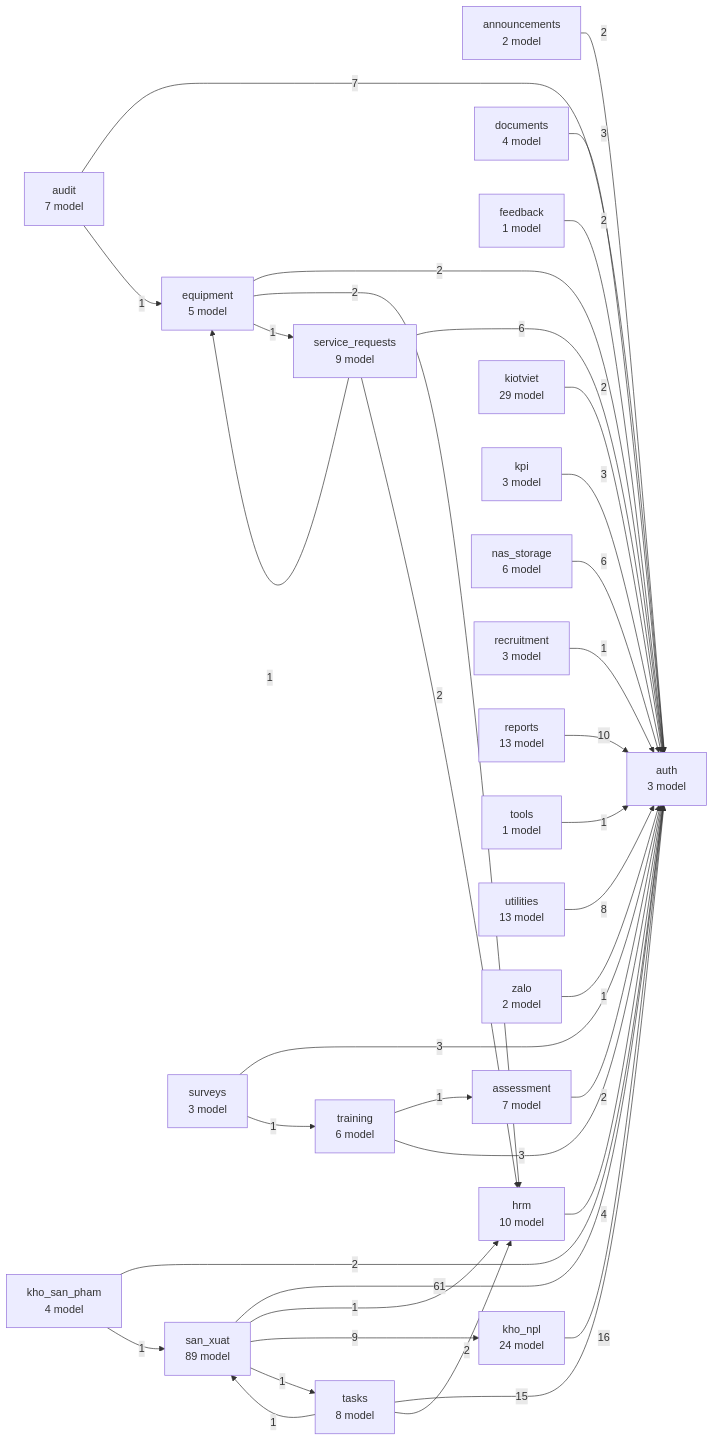
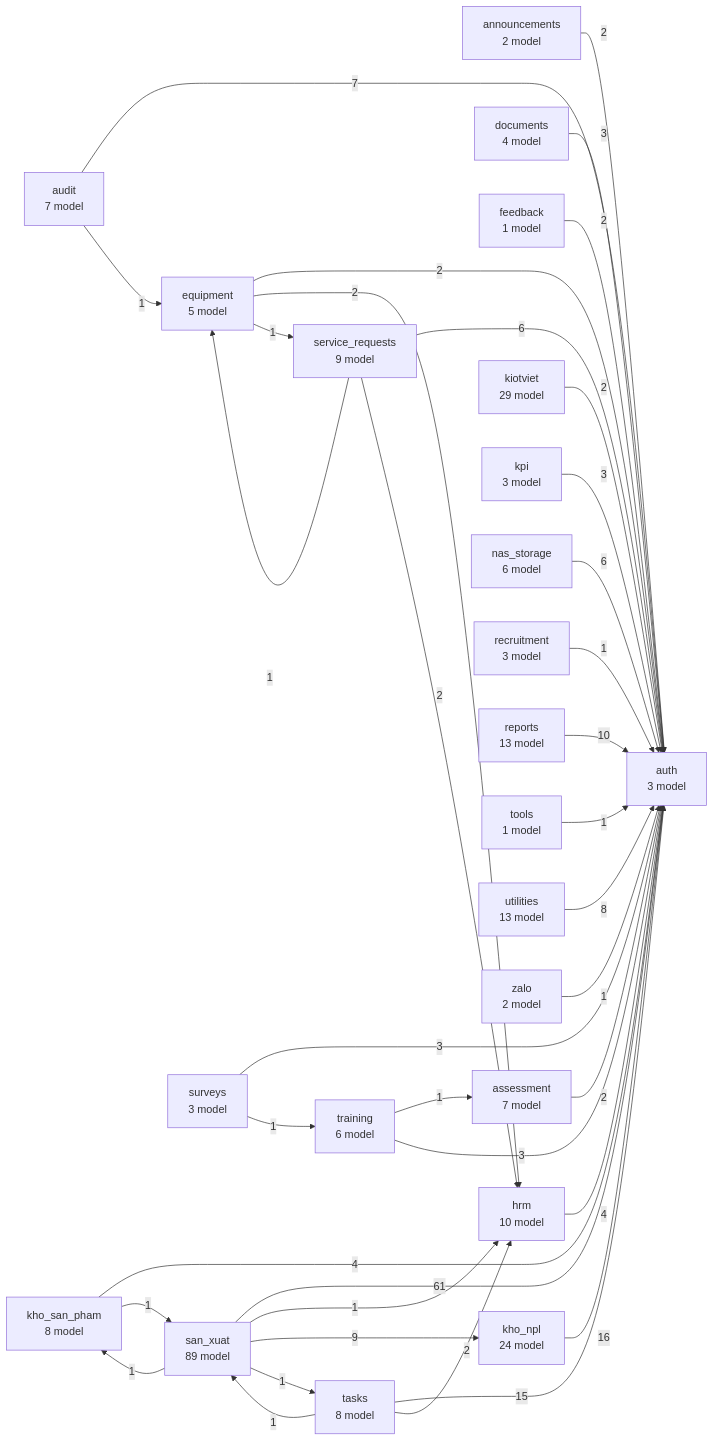
Before and after one commit to trieuvuong262/examHMBP: the diagram in docs/diagrams/class-diagram/README.md, drawn with Mermaid. The commit also changed other lines of this file and 22 other files, not shown here.

````diff
--- a/docs/diagrams/class-diagram/README.md
+++ b/docs/diagrams/class-diagram/README.md
@@ -7,62 +7,63 @@
 ```mermaid
 flowchart LR
     announcements["announcements<br/>2 model"]
     assessment["assessment<br/>7 model"]
     audit["audit<br/>7 model"]
     auth["auth<br/>3 model"]
     documents["documents<br/>4 model"]
     equipment["equipment<br/>5 model"]
     feedback["feedback<br/>1 model"]
     hrm["hrm<br/>10 model"]
     kho_npl["kho_npl<br/>24 model"]
-    kho_san_pham["kho_san_pham<br/>4 model"]
+    kho_san_pham["kho_san_pham<br/>8 model"]
     kiotviet["kiotviet<br/>29 model"]
     kpi["kpi<br/>3 model"]
     nas_storage["nas_storage<br/>6 model"]
     recruitment["recruitment<br/>3 model"]
     reports["reports<br/>13 model"]
     san_xuat["san_xuat<br/>89 model"]
     service_requests["service_requests<br/>9 model"]
     surveys["surveys<br/>3 model"]
     tasks["tasks<br/>8 model"]
     tools["tools<br/>1 model"]
     training["training<br/>6 model"]
     utilities["utilities<br/>13 model"]
     zalo["zalo<br/>2 model"]
 
     announcements -->|2| auth
     assessment -->|2| auth
     audit -->|7| auth
     audit -->|1| equipment
     documents -->|3| auth
     equipment -->|2| auth
     equipment -->|2| hrm
     equipment -->|1| service_requests
     feedback -->|2| auth
     hrm -->|4| auth
     kho_npl -->|16| auth
-    kho_san_pham -->|2| auth
+    kho_san_pham -->|4| auth
     kho_san_pham -->|1| san_xuat
     kiotviet -->|2| auth
     kpi -->|3| auth
     nas_storage -->|6| auth
     recruitment -->|1| auth
     reports -->|10| auth
     san_xuat -->|61| auth
     san_xuat -->|1| hrm
     san_xuat -->|9| kho_npl
+    san_xuat -->|1| kho_san_pham
     san_xuat -->|1| tasks
     service_requests -->|6| auth
     service_requests -->|1| equipment
     service_requests -->|2| hrm
     surveys -->|3| auth
     surveys -->|1| training
     tasks -->|15| auth
     tasks -->|2| hrm
     tasks -->|1| san_xuat
     tools -->|1| auth
     training -->|1| assessment
     training -->|3| auth
     utilities -->|8| auth
     zalo -->|1| auth
 ```
````
